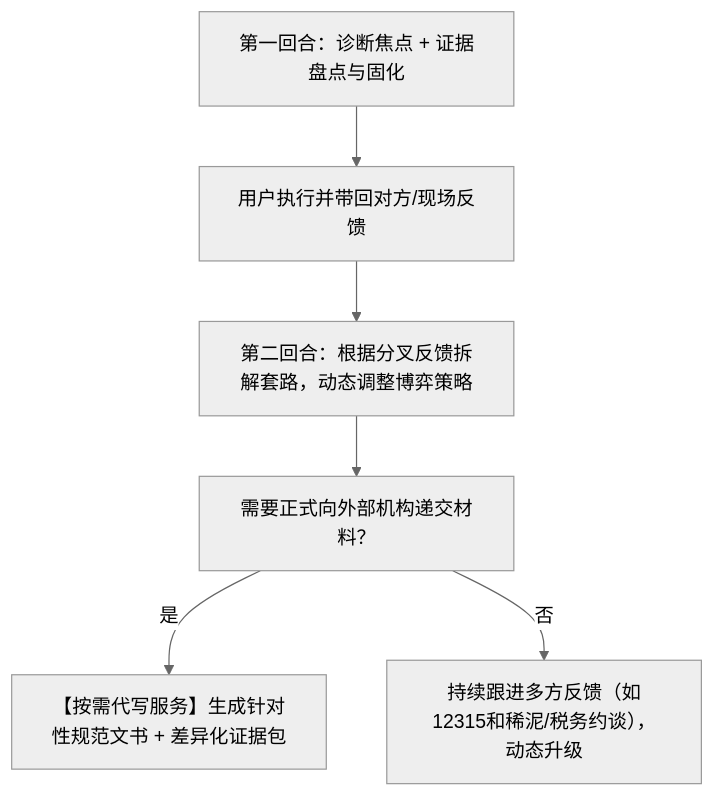
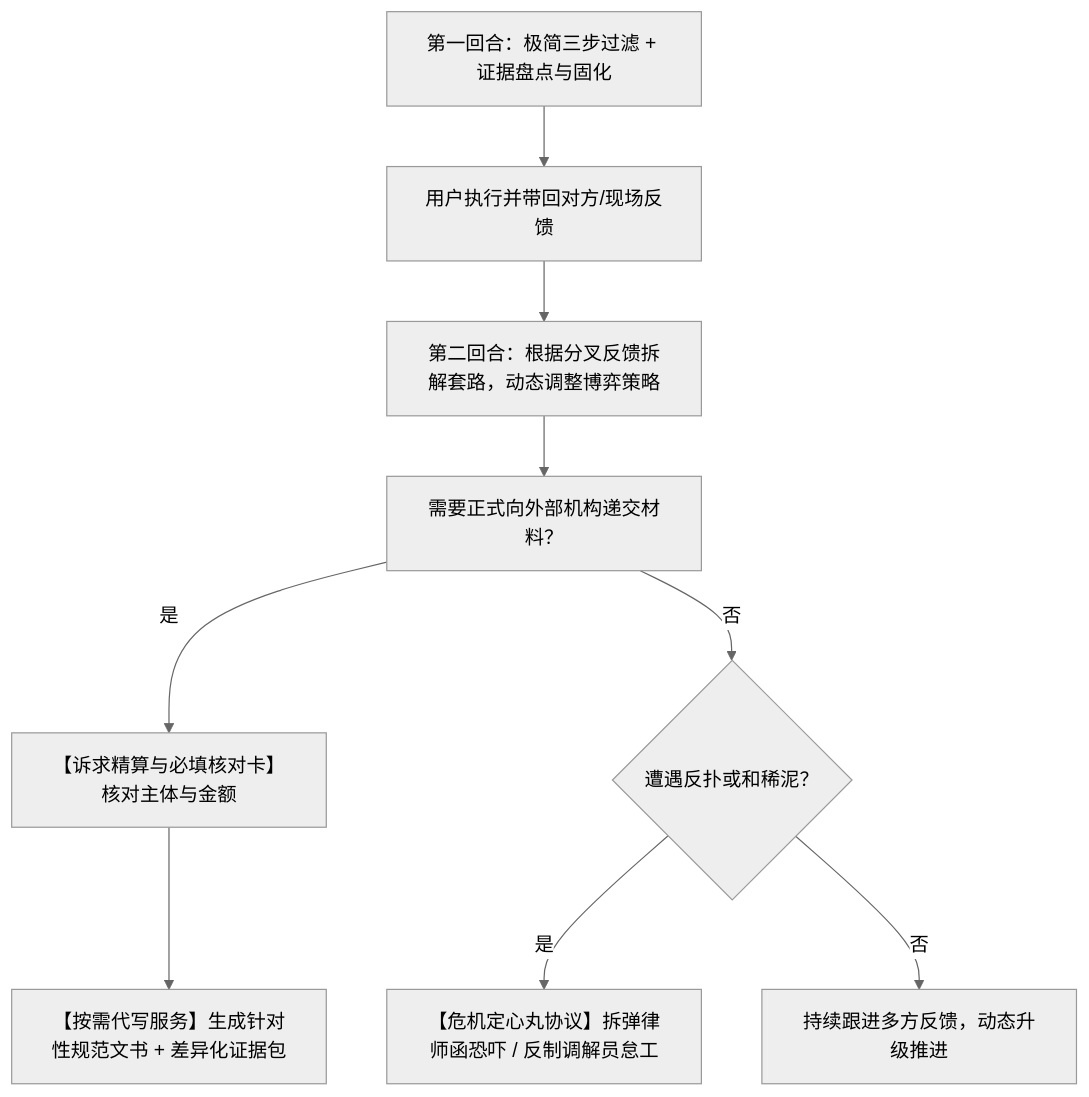
The diagram in .agents/skills/rights-protection-agent/SKILL.md (JimmyWangJimmy/rights-protection-agent), drawn with Mermaid (neutral theme) before and after one commit. The commit also changed other lines of this file and 3 other files, not shown here.

Commit message:
feat: complete grill-me protocols (intake, anti-hallucination, reverse-wind evidence, check-card, crisis handling)

````diff
--- a/.agents/skills/rights-protection-agent/SKILL.md
+++ b/.agents/skills/rights-protection-agent/SKILL.md
@@ -32,8 +35,11 @@
 ```mermaid
 flowchart TD
-    Turn1["第一回合：诊断焦点 + 证据盘点与固化"] --> Wait1["用户执行并带回对方/现场反馈"]
+    Turn1["第一回合：极简三步过滤 + 证据盘点与固化"] --> Wait1["用户执行并带回对方/现场反馈"]
     Wait1 --> Turn2["第二回合：根据分叉反馈拆解套路，动态调整博弈策略"]
     Turn2 --> Wait2["需要正式向外部机构递交材料？"]
-    Wait2 -- 是 --> Draft["【按需代写服务】生成针对性规范文书 + 差异化证据包"]
-    Wait2 -- 否 --> TurnN["持续跟进多方反馈（如12315和稀泥/税务约谈），动态升级"]
+    Wait2 -- 是 --> PreDraft["【诉求精算与必填核对卡】核对主体与金额"]
+    PreDraft --> Draft["【按需代写服务】生成针对性规范文书 + 差异化证据包"]
+    Wait2 -- 否 --> CrisisCheck{"遭遇反扑或和稀泥？"}
+    CrisisCheck -- 是 --> CrisisAct["【危机定心丸协议】拆弹律师函恐吓 / 反制调解员怠工"]
+    CrisisCheck -- 否 --> TurnN["持续跟进多方反馈，动态升级推进"]
 ```
````
